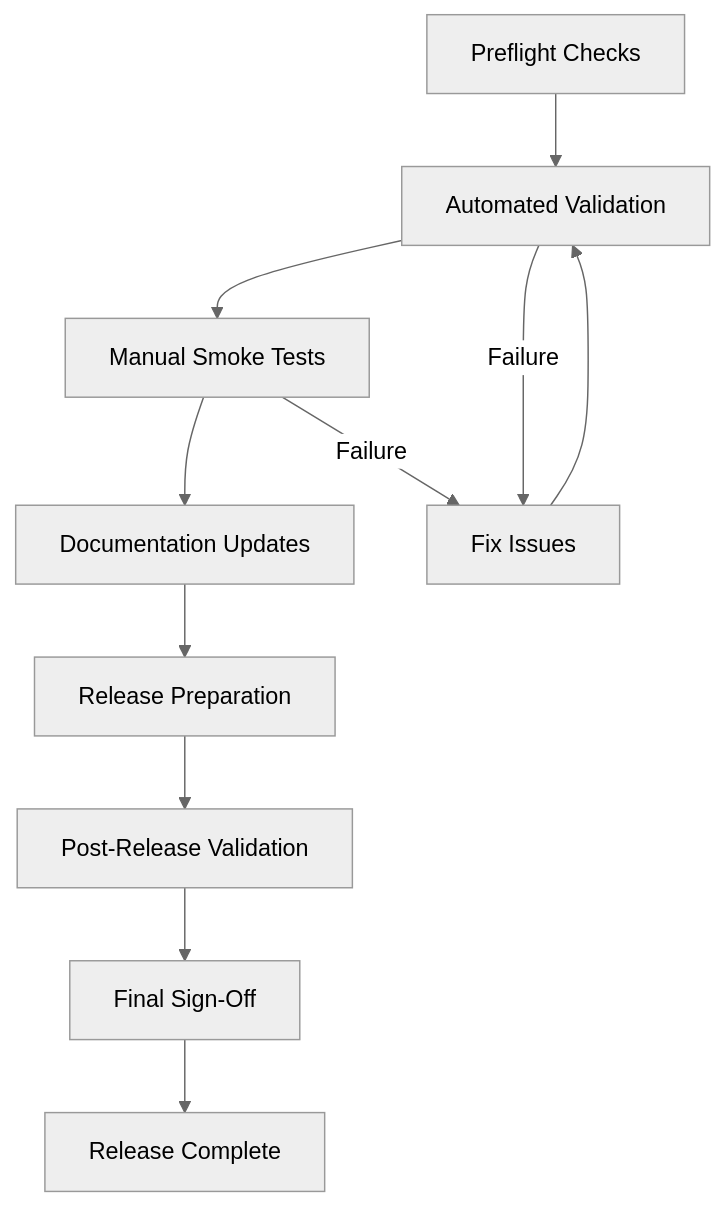
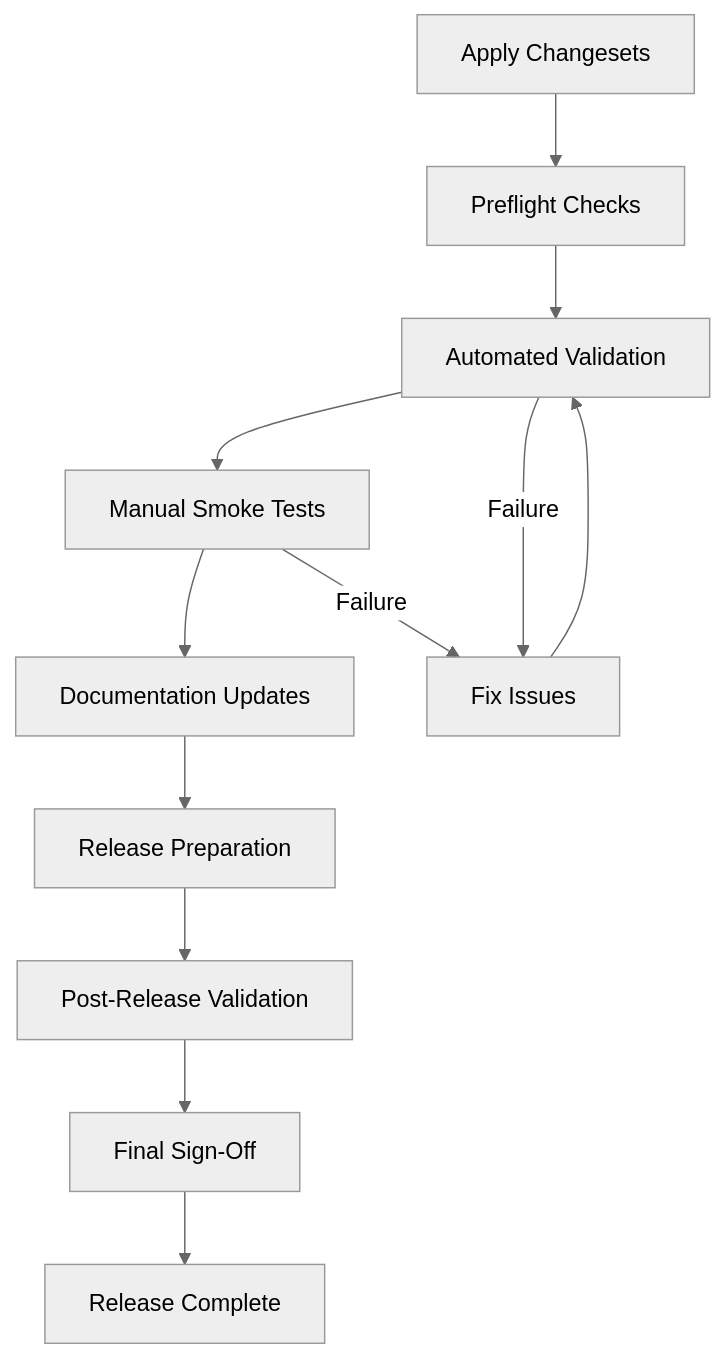
The diagram in docs/operations/release-checklist.md (KingInYellows/yellow-plugins), drawn with Mermaid (neutral theme) before and after one commit. The commit also changed other lines of this file and 2 other files, not shown here.

````diff
--- a/docs/operations/release-checklist.md
+++ b/docs/operations/release-checklist.md
@@ -88,15 +88,16 @@
 ```mermaid
 graph TD
-    A[Preflight Checks] --> B[Automated Validation]
+    P[Apply Changesets] --> A[Preflight Checks]
+    A --> B[Automated Validation]
     B --> C[Manual Smoke Tests]
     C --> D[Documentation Updates]
     D --> E[Release Preparation]
     E --> F[Post-Release Validation]
     F --> G[Final Sign-Off]
 
     B -->|Failure| H[Fix Issues]
     C -->|Failure| H
     H --> B
 
     G --> I[Release Complete]
 ```
````
